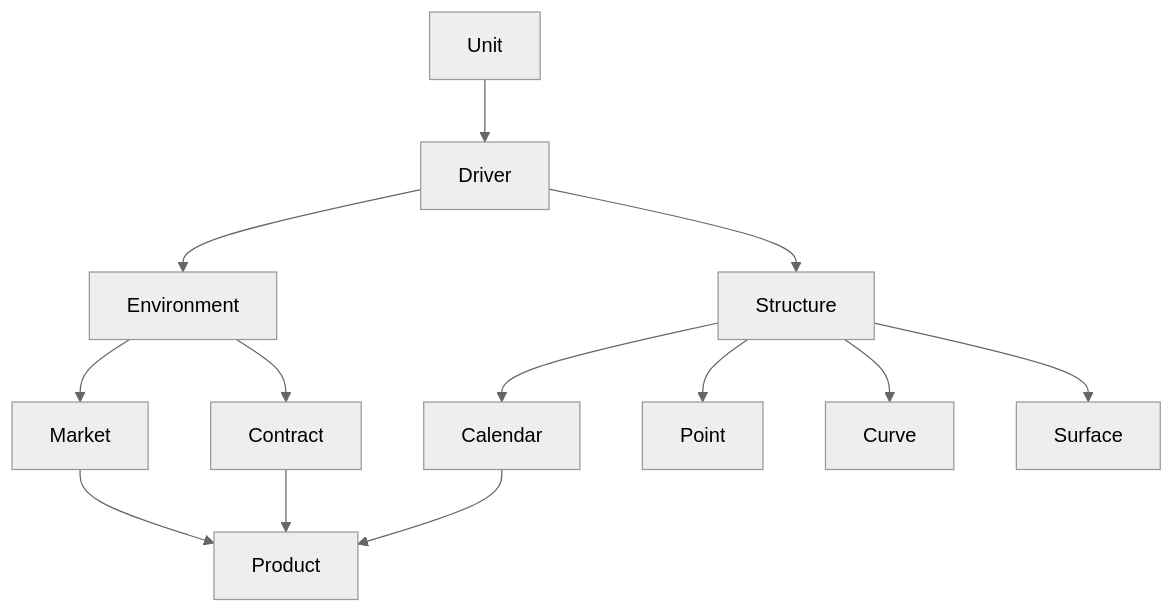
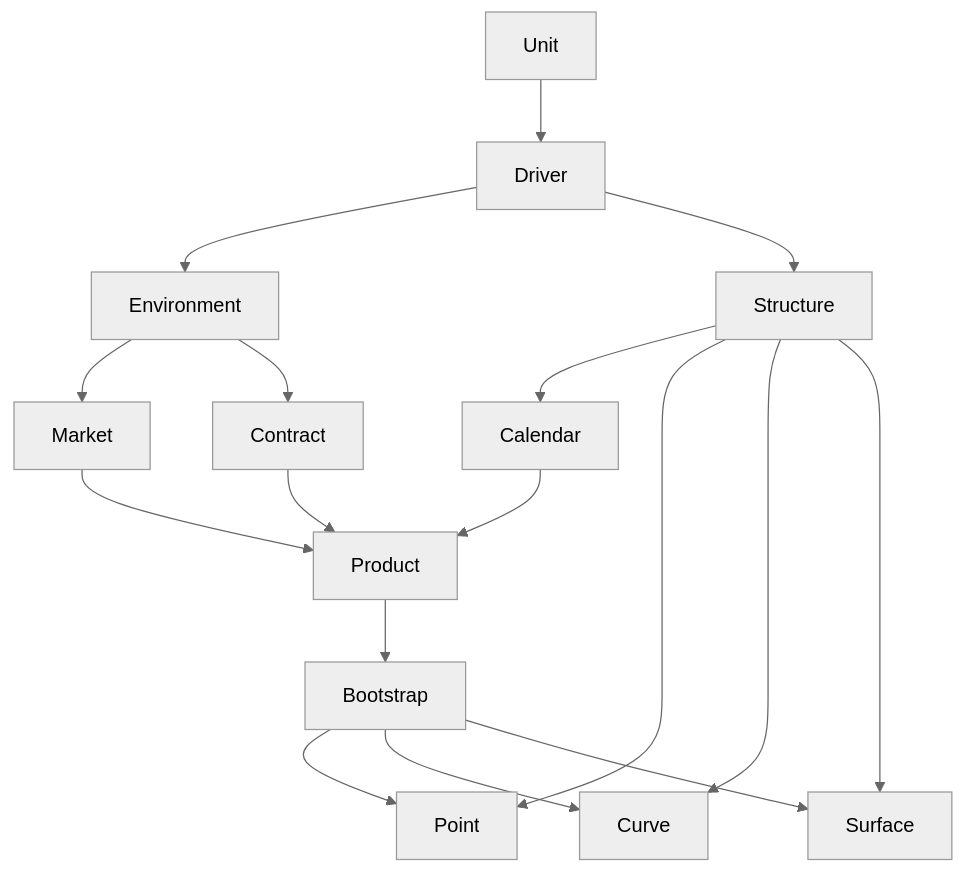
One commit to tristanvandevelde/finstruct changed the diagram in README.md. Above: the diagram before and after it, drawn with Mermaid (neutral theme).

````diff
--- a/README.md
+++ b/README.md
@@ -26,15 +26,19 @@
 ```mermaid
 graph TD;
     Unit-->Driver;
     Driver-->Environment;
     Driver-->Structure;
     Environment-->Market;
     Environment-->Contract;
     Market-->Product;
     Contract-->Product;
     Calendar-->Product;
     Structure-->Calendar;
     Structure-->Point;
     Structure-->Curve;
     Structure-->Surface;
+    Product-->Bootstrap;
+    Bootstrap-->Point;
+    Bootstrap-->Curve;
+    Bootstrap-->Surface;
 ```
````
